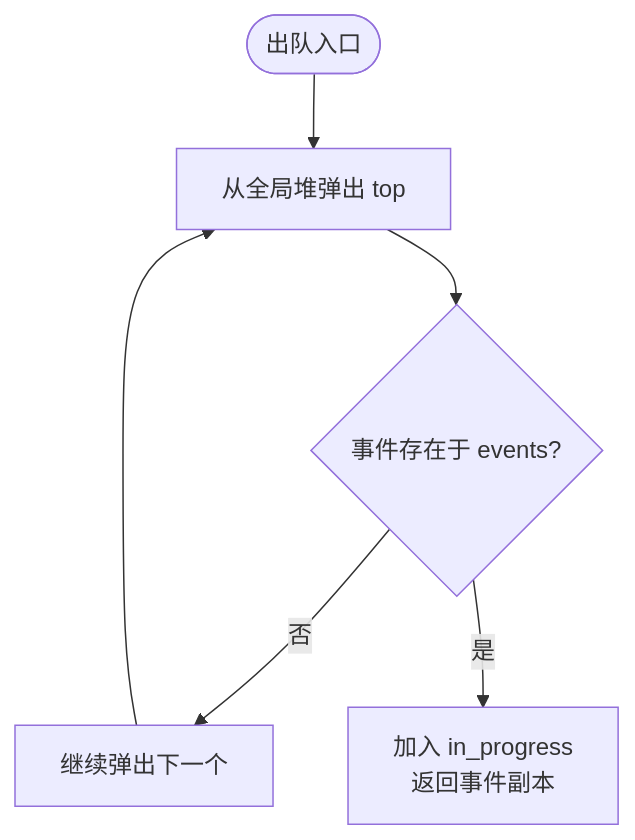
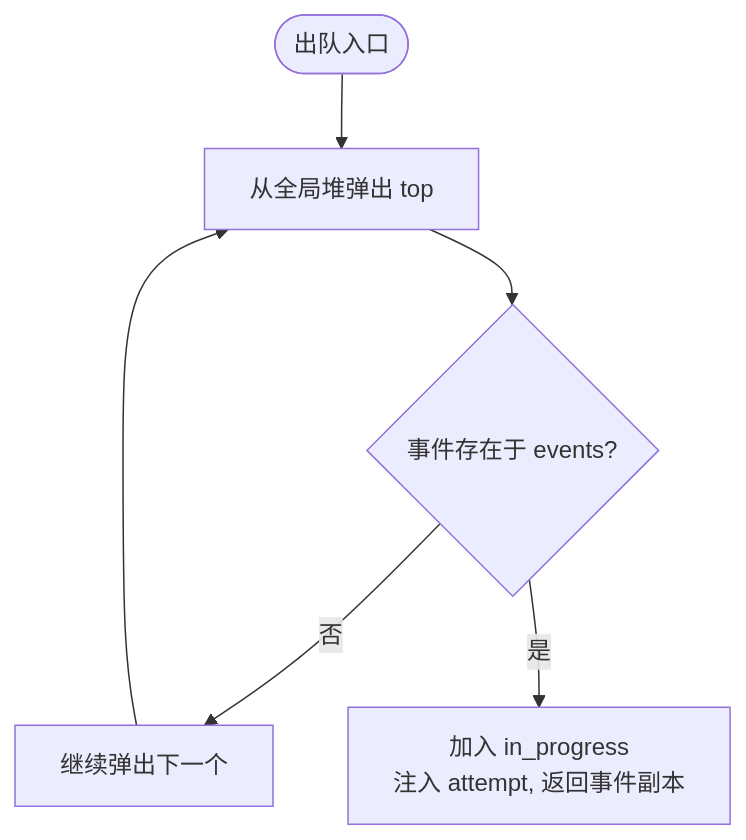
One commit to runningcoders/ai_orz changed the fourth of 8 diagrams in docs/wiki/zh/content/核心模块/AOP 事件系统/事件队列系统/队列实现.md. Above: the diagram before and after it, drawn with Mermaid. The commit also changed other lines of this file and 37 other files, not shown here.

````diff
--- a/docs/wiki/zh/content/核心模块/AOP 事件系统/事件队列系统/队列实现.md
+++ b/docs/wiki/zh/content/核心模块/AOP 事件系统/事件队列系统/队列实现.md
@@ -172,8 +180,8 @@
 ```mermaid
-flowchart TD
+graph TB
 Start(["出队入口"]) --> Pop["从全局堆弹出 top"]
 Pop --> Found{"事件存在于 events?"}
 Found --> |否| Next["继续弹出下一个"]
-Found --> |是| Mark["加入 in_progress<br/>返回事件副本"]
+Found --> |是| Mark["加入 in_progress<br/>注入 attempt, 返回事件副本"]
 Next --> Pop
 ```
````
